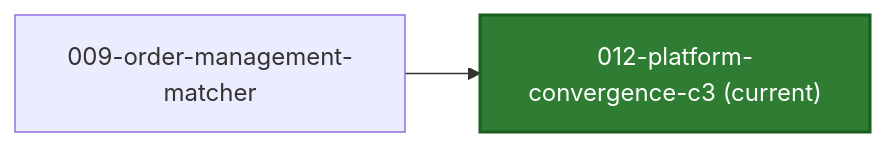
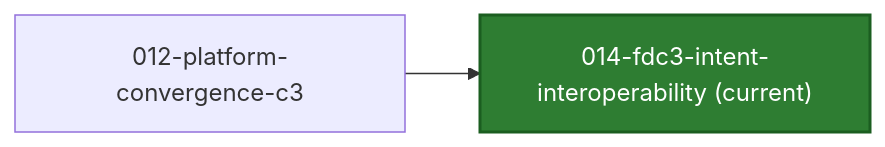
Before and after one commit to azure-octo/traderX: the second of 2 diagrams in README.md, drawn with Mermaid. The commit also changed other lines of this file and 72 other files, not shown here.

First line of the commit message:
snapshot: 014-fdc3-intent-interoperability generated from a41e87908ebf8e9d2cd385280eacced32887bb1e

````diff
--- a/README.md
+++ b/README.md
@@ -53,9 +49,9 @@
 ```mermaid
 flowchart LR
-  C_CUR["012-platform-convergence-c3 (current)"]
+  C_CUR["014-fdc3-intent-interoperability (current)"]
   style C_CUR fill:#2e7d32,stroke:#1b5e20,color:#ffffff,stroke-width:2px
-  C_PREV_009_order_management_matcher["009-order-management-matcher"] --> C_CUR
-  click C_PREV_009_order_management_matcher href "https://github.com/finos/traderX/tree/code%2Fgenerated-state-009-order-management-matcher" "Open branch"
-  %% compare: https://github.com/finos/traderX/compare/code%2Fgenerated-state-009-order-management-matcher...code%2Fgenerated-state-012-platform-convergence-c3
-  click C_CUR href "https://github.com/finos/traderX/tree/code%2Fgenerated-state-012-platform-convergence-c3" "Open current branch"
+  C_PREV_012_platform_convergence_c3["012-platform-convergence-c3"] --> C_CUR
+  click C_PREV_012_platform_convergence_c3 href "https://github.com/finos/traderX/tree/code%2Fgenerated-state-012-platform-convergence-c3" "Open branch"
+  %% compare: https://github.com/finos/traderX/compare/code%2Fgenerated-state-012-platform-convergence-c3...code%2Fgenerated-state-014-fdc3-intent-interoperability
+  click C_CUR href "https://github.com/finos/traderX/tree/code%2Fgenerated-state-014-fdc3-intent-interoperability" "Open current branch"
 ```
````
